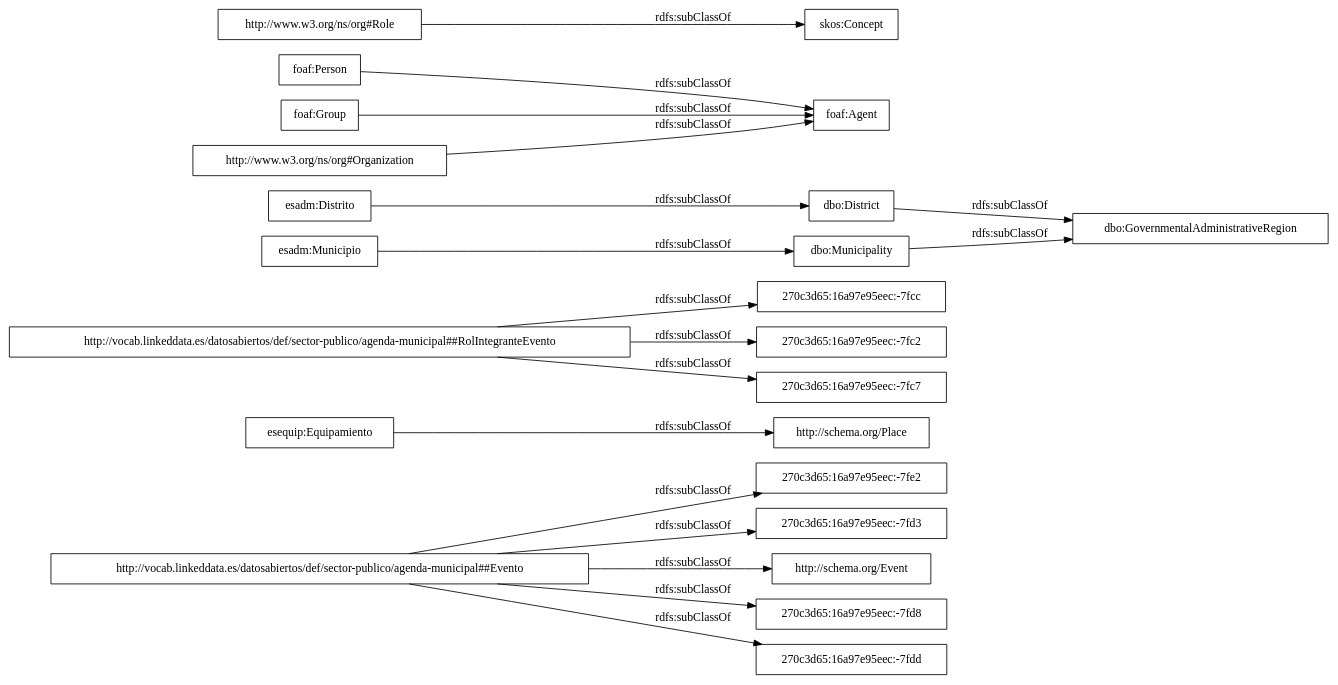
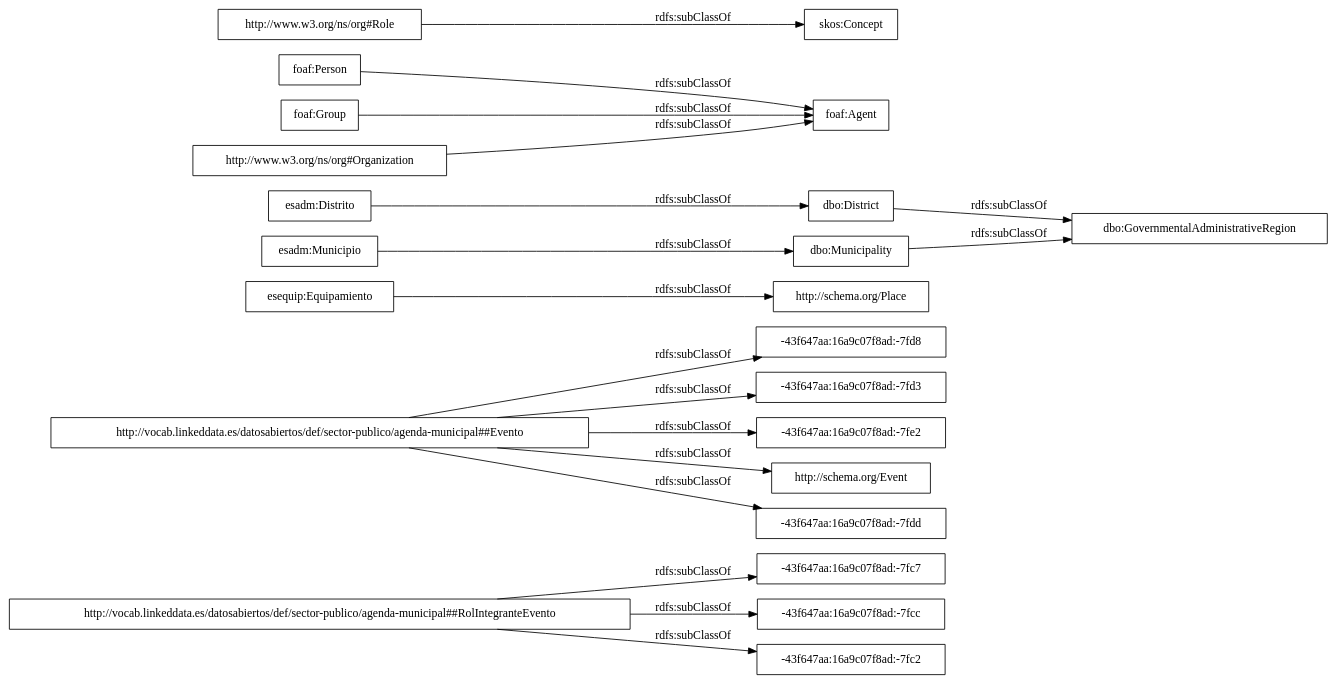
Before and after one commit to OnToologyUser/sector-publico-agenda-municipal: the diagram in OnToology/ontology/agenda-municipal.owl/diagrams/ar2dtool-taxonomy/agenda-municipal.owl.png.dot, drawn with Graphviz. The commit also changed 18 other files, not shown here.

```diff
--- a/OnToology/ontology/agenda-municipal.owl/diagrams/ar2dtool-taxonomy/agenda-municipal.owl.png.dot
+++ b/OnToology/ontology/agenda-municipal.owl/diagrams/ar2dtool-taxonomy/agenda-municipal.owl.png.dot
@@ -1,23 +1,23 @@
 digraph ar2dtool_diagram { 
 rankdir=LR;
 size="1000"
-node [shape = rectangle, color="black"]; "http://vocab.linkeddata.es/datosabiertos/def/sector-publico/agenda-municipal##Evento" "esequip:Equipamiento" "270c3d65:16a97e95eec:-7fcc" "dbo:GovernmentalAdministrativeRegion" "foaf:Agent" "270c3d65:16a97e95eec:-7fc2" "270c3d65:16a97e95eec:-7fe2" "dbo:District" "270c3d65:16a97e95eec:-7fc7" "http://vocab.linkeddata.es/datosabiertos/def/sector-publico/agenda-municipal##RolIntegranteEvento" "270c3d65:16a97e95eec:-7fd3" "http://schema.org/Event" "foaf:Person" "esadm:Distrito" "dbo:Municipality" "foaf:Group" "skos:Concept" "esadm:Municipio" "270c3d65:16a97e95eec:-7fd8" "http://www.w3.org/ns/org#Organization" "http://www.w3.org/ns/org#Role" "270c3d65:16a97e95eec:-7fdd" "http://schema.org/Place" ; /*classes style*/
+node [shape = rectangle, color="black"]; "-43f647aa:16a9c07f8ad:-7fc7" "-43f647aa:16a9c07f8ad:-7fd8" "http://vocab.linkeddata.es/datosabiertos/def/sector-publico/agenda-municipal##Evento" "esequip:Equipamiento" "-43f647aa:16a9c07f8ad:-7fd3" "dbo:GovernmentalAdministrativeRegion" "foaf:Agent" "-43f647aa:16a9c07f8ad:-7fe2" "-43f647aa:16a9c07f8ad:-7fcc" "dbo:District" "http://vocab.linkeddata.es/datosabiertos/def/sector-publico/agenda-municipal##RolIntegranteEvento" "http://schema.org/Event" "foaf:Person" "esadm:Distrito" "-43f647aa:16a9c07f8ad:-7fdd" "dbo:Municipality" "-43f647aa:16a9c07f8ad:-7fc2" "foaf:Group" "skos:Concept" "esadm:Municipio" "http://www.w3.org/ns/org#Organization" "http://www.w3.org/ns/org#Role" "http://schema.org/Place" ; /*classes style*/
 	"foaf:Group" -> "foaf:Agent" [ label = "rdfs:subClassOf" ];
 	"http://www.w3.org/ns/org#Organization" -> "foaf:Agent" [ label = "rdfs:subClassOf" ];
 	"http://www.w3.org/ns/org#Role" -> "skos:Concept" [ label = "rdfs:subClassOf" ];
 	"foaf:Person" -> "foaf:Agent" [ label = "rdfs:subClassOf" ];
-	"http://vocab.linkeddata.es/datosabiertos/def/sector-publico/agenda-municipal##Evento" -> "270c3d65:16a97e95eec:-7fd8" [ label = "rdfs:subClassOf" ];
-	"http://vocab.linkeddata.es/datosabiertos/def/sector-publico/agenda-municipal##Evento" -> "270c3d65:16a97e95eec:-7fd3" [ label = "rdfs:subClassOf" ];
-	"http://vocab.linkeddata.es/datosabiertos/def/sector-publico/agenda-municipal##Evento" -> "270c3d65:16a97e95eec:-7fdd" [ label = "rdfs:subClassOf" ];
-	"http://vocab.linkeddata.es/datosabiertos/def/sector-publico/agenda-municipal##Evento" -> "270c3d65:16a97e95eec:-7fe2" [ label = "rdfs:subClassOf" ];
+	"http://vocab.linkeddata.es/datosabiertos/def/sector-publico/agenda-municipal##Evento" -> "-43f647aa:16a9c07f8ad:-7fd3" [ label = "rdfs:subClassOf" ];
+	"http://vocab.linkeddata.es/datosabiertos/def/sector-publico/agenda-municipal##Evento" -> "-43f647aa:16a9c07f8ad:-7fd8" [ label = "rdfs:subClassOf" ];
+	"http://vocab.linkeddata.es/datosabiertos/def/sector-publico/agenda-municipal##Evento" -> "-43f647aa:16a9c07f8ad:-7fe2" [ label = "rdfs:subClassOf" ];
+	"http://vocab.linkeddata.es/datosabiertos/def/sector-publico/agenda-municipal##Evento" -> "-43f647aa:16a9c07f8ad:-7fdd" [ label = "rdfs:subClassOf" ];
 	"http://vocab.linkeddata.es/datosabiertos/def/sector-publico/agenda-municipal##Evento" -> "http://schema.org/Event" [ label = "rdfs:subClassOf" ];
 	"esadm:Distrito" -> "dbo:District" [ label = "rdfs:subClassOf" ];
 	"dbo:Municipality" -> "dbo:GovernmentalAdministrativeRegion" [ label = "rdfs:subClassOf" ];
 	"dbo:District" -> "dbo:GovernmentalAdministrativeRegion" [ label = "rdfs:subClassOf" ];
 	"esequip:Equipamiento" -> "http://schema.org/Place" [ label = "rdfs:subClassOf" ];
-	"http://vocab.linkeddata.es/datosabiertos/def/sector-publico/agenda-municipal##RolIntegranteEvento" -> "270c3d65:16a97e95eec:-7fc2" [ label = "rdfs:subClassOf" ];
-	"http://vocab.linkeddata.es/datosabiertos/def/sector-publico/agenda-municipal##RolIntegranteEvento" -> "270c3d65:16a97e95eec:-7fc7" [ label = "rdfs:subClassOf" ];
-	"http://vocab.linkeddata.es/datosabiertos/def/sector-publico/agenda-municipal##RolIntegranteEvento" -> "270c3d65:16a97e95eec:-7fcc" [ label = "rdfs:subClassOf" ];
+	"http://vocab.linkeddata.es/datosabiertos/def/sector-publico/agenda-municipal##RolIntegranteEvento" -> "-43f647aa:16a9c07f8ad:-7fc2" [ label = "rdfs:subClassOf" ];
+	"http://vocab.linkeddata.es/datosabiertos/def/sector-publico/agenda-municipal##RolIntegranteEvento" -> "-43f647aa:16a9c07f8ad:-7fc7" [ label = "rdfs:subClassOf" ];
+	"http://vocab.linkeddata.es/datosabiertos/def/sector-publico/agenda-municipal##RolIntegranteEvento" -> "-43f647aa:16a9c07f8ad:-7fcc" [ label = "rdfs:subClassOf" ];
 	"esadm:Municipio" -> "dbo:Municipality" [ label = "rdfs:subClassOf" ];
 
 }
```
